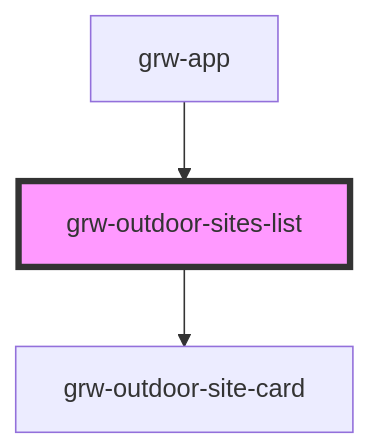
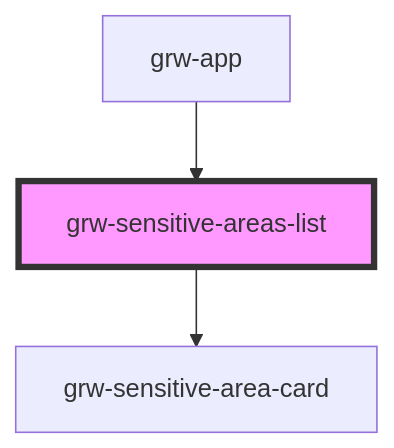
One commit to GeotrekCE/Geotrek-rando-widget changed the diagram in src/components/grw-sensitive-areas-list/readme.md. Above: the diagram before and after it, drawn with Mermaid. The commit also changed other lines of this file and 13 other files, not shown here.

````diff
--- a/src/components/grw-sensitive-areas-list/readme.md
+++ b/src/components/grw-sensitive-areas-list/readme.md
@@ -41,6 +41,6 @@
 ```mermaid
 graph TD;
-  grw-outdoor-sites-list --> grw-outdoor-site-card
-  grw-app --> grw-outdoor-sites-list
-  style grw-outdoor-sites-list fill:#f9f,stroke:#333,stroke-width:4px
+  grw-sensitive-areas-list --> grw-sensitive-area-card
+  grw-app --> grw-sensitive-areas-list
+  style grw-sensitive-areas-list fill:#f9f,stroke:#333,stroke-width:4px
 ```
````
